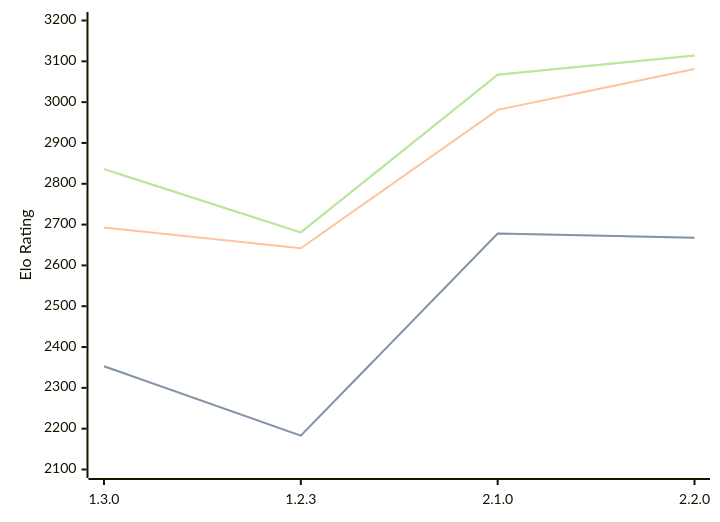
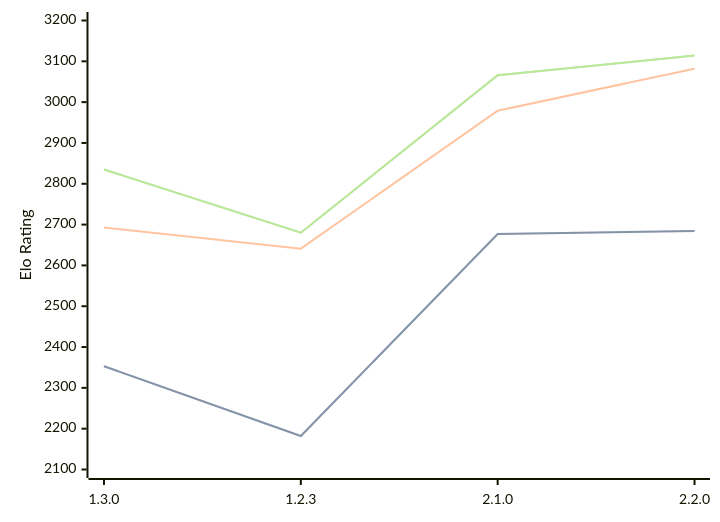
Before and after one commit to computer-chess-index/cci: the third of 3 diagrams in engines/Aspen.md, drawn with Mermaid. The commit also changed other lines of this file, not shown here.

Commit message:
Update CCI Ratings (ELO VLTC) - 2026-07-15

````diff
--- a/engines/Aspen.md
+++ b/engines/Aspen.md
@@ -76,11 +76,11 @@
 ```mermaid
 %%{init: {"theme":"base","themeVariables":{"seriesColors:['#a3a3a3','#222221','#faa371']}}}%%
 xychart-beta
   x-axis ["1.3.0", "1.2.3", "2.1.0", "2.2.0"]
   y-axis "Elo Rating" 2100 --> 3200
-  line "STC (8.0+0.08s)" [2353, 2183, 2678, 2668]
-  line "STC (8.0+0.08s)" [2353, 2183, 2678, 2668]
-  line "LTC (60.0+0.60s)" [2693, 2642, 2981, 3081]
-  line "VLTC (2m24s+1.12s)" [2836, 2681, 3067, 3114]
-  line "VLTC (2m24s+1.12s)" [2836, 2681, 3067, 3114]
+  line "STC (8.0+0.08s)" [2353, 2182, 2677, 2684]
+  line "STC (8.0+0.08s)" [2353, 2182, 2677, 2684]
+  line "LTC (60.0+0.60s)" [2693, 2641, 2979, 3082]
+  line "VLTC (2m24s+1.12s)" [2835, 2680, 3066, 3114]
+  line "VLTC (2m24s+1.12s)" [2835, 2680, 3066, 3114]
 ```
````
